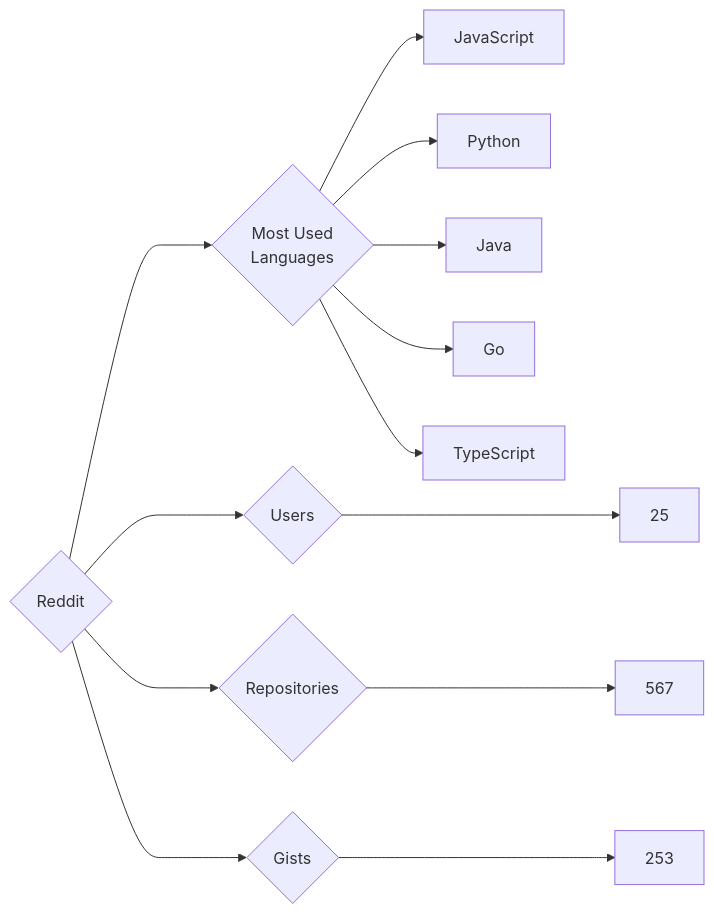
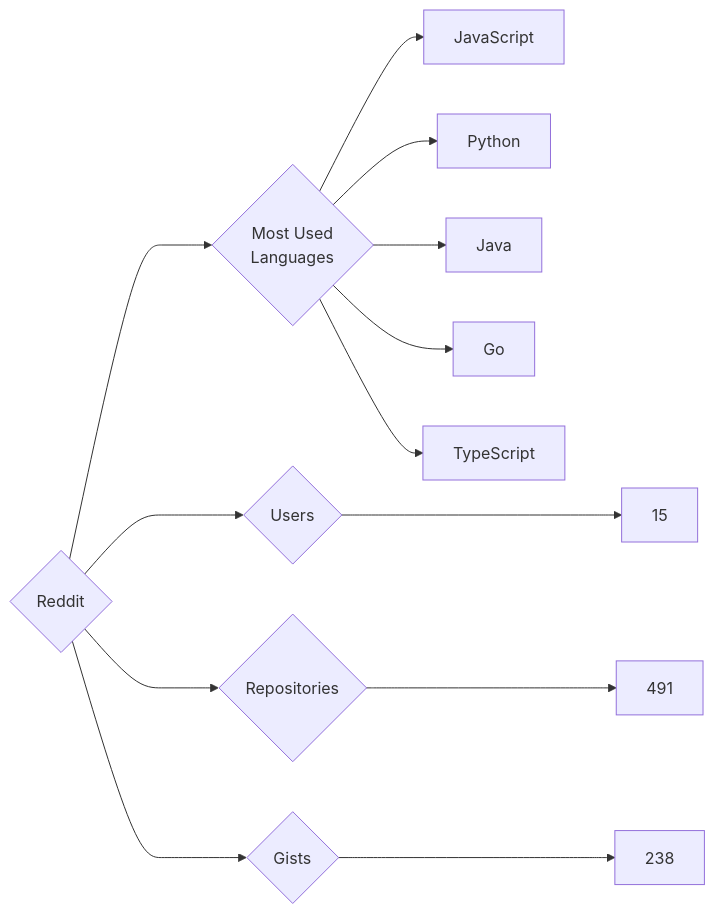
The diagram in targets/Reddit/README.md (trickest/insiders), drawn with Mermaid before and after one commit. The commit also changed 787 other files, not shown here.

````diff
--- a/targets/Reddit/README.md
+++ b/targets/Reddit/README.md
@@ -3,13 +3,13 @@
 ```mermaid
 graph LR
 COMPANY_NAME{Reddit}
-COMPANY_NAME ---> U{Users} ---> UN[25]
-COMPANY_NAME ---> R{Repositories} ---> RN[567]
-COMPANY_NAME ---> G{Gists} ---> GN[253]
+COMPANY_NAME ---> U{Users} ---> UN[15]
+COMPANY_NAME ---> R{Repositories} ---> RN[491]
+COMPANY_NAME ---> G{Gists} ---> GN[238]
 COMPANY_NAME ---> ML{Most Used<br>Languages}
 ML --> JavaScript[JavaScript]
 ML --> Python[Python]
 ML --> Java[Java]
 ML --> Go[Go]
 ML --> TypeScript[TypeScript]
 ```
````
